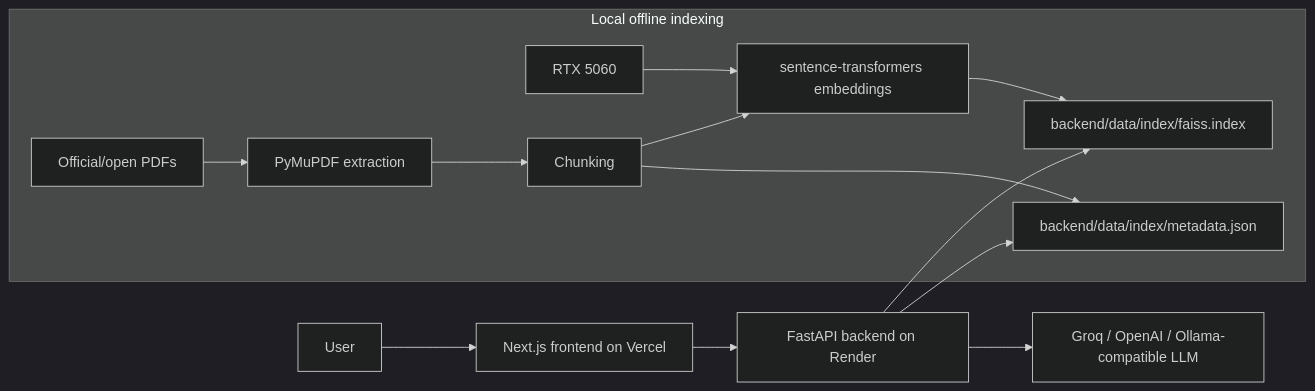
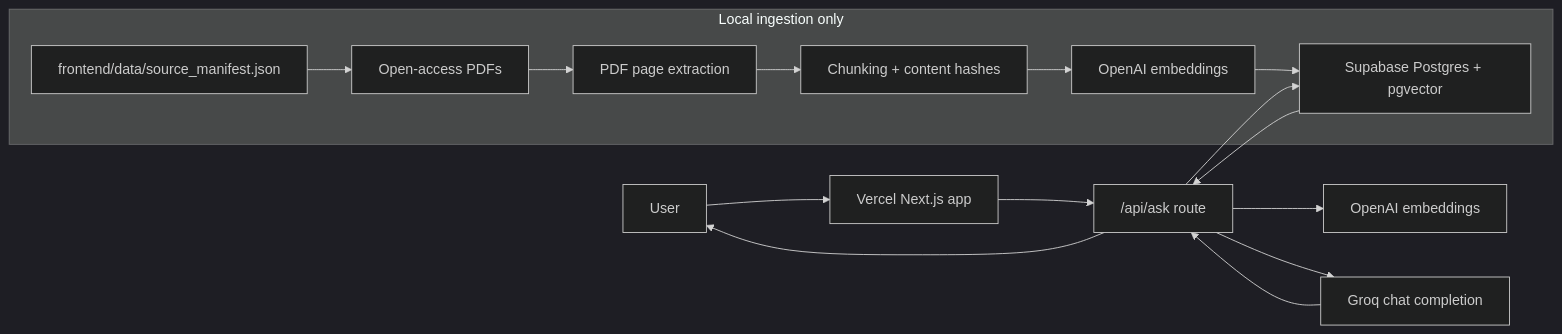
The diagram in README.md (Shreevikas-BJ/ml-course-document-rag), drawn with Mermaid (dark theme) before and after one commit. The commit also changed other lines of this file and 40 other files, not shown here.

Commit message:
Convert RAG backend to Vercel API routes with Supabase vector search

````diff
--- a/README.md
+++ b/README.md
@@ -9,17 +9,19 @@
 ```mermaid
 flowchart LR
-  User["User"] --> Vercel["Next.js frontend on Vercel"]
-  Vercel --> Render["FastAPI backend on Render"]
-  Render --> FAISS["backend/data/index/faiss.index"]
-  Render --> Metadata["backend/data/index/metadata.json"]
-  Render --> LLM["Groq / OpenAI / Ollama-compatible LLM"]
+  User["User"] --> Vercel["Vercel Next.js app"]
+  Vercel --> Route["/api/ask route"]
+  Route --> OpenAI["OpenAI embeddings"]
+  Route --> Supabase["Supabase Postgres + pgvector"]
+  Supabase --> Route
+  Route --> Groq["Groq chat completion"]
+  Groq --> Route
+  Route --> User
 
-  subgraph LocalOnly["Local offline indexing"]
-    RTX["RTX 5060"] --> Embed["sentence-transformers embeddings"]
-    PDFs["Official/open PDFs"] --> Extract["PyMuPDF extraction"]
-    Extract --> Chunk["Chunking"]
-    Chunk --> Embed
-    Embed --> FAISS
-    Chunk --> Metadata
+  subgraph Local["Local ingestion only"]
+    Manifest["frontend/data/source_manifest.json"] --> PDFs["Open-access PDFs"]
+    PDFs --> Extract["PDF page extraction"]
+    Extract --> Chunks["Chunking + content hashes"]
+    Chunks --> IngestEmbeddings["OpenAI embeddings"]
+    IngestEmbeddings --> Supabase
   end
 ```
````
